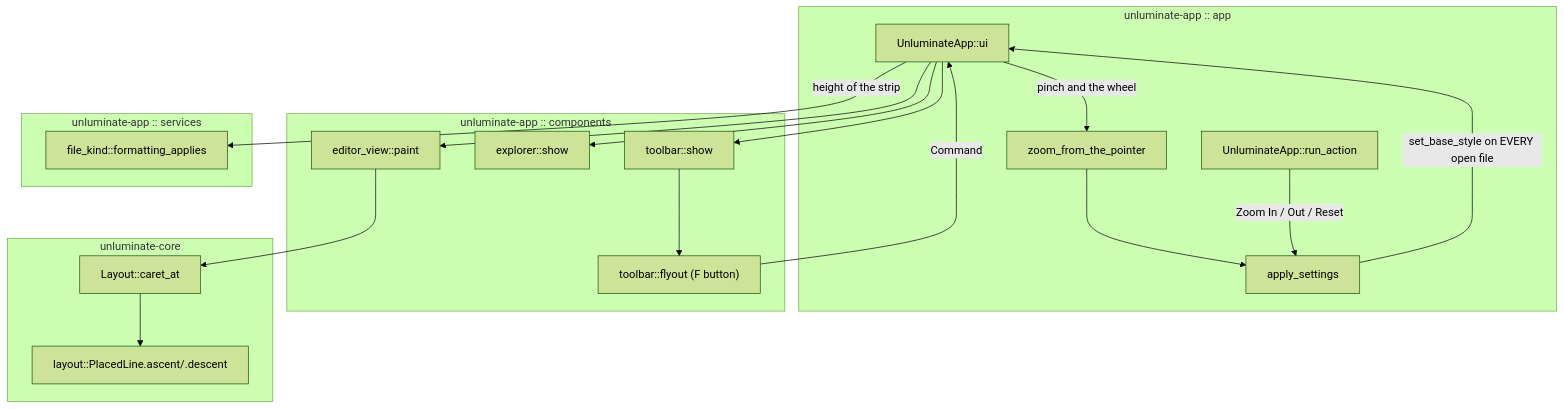
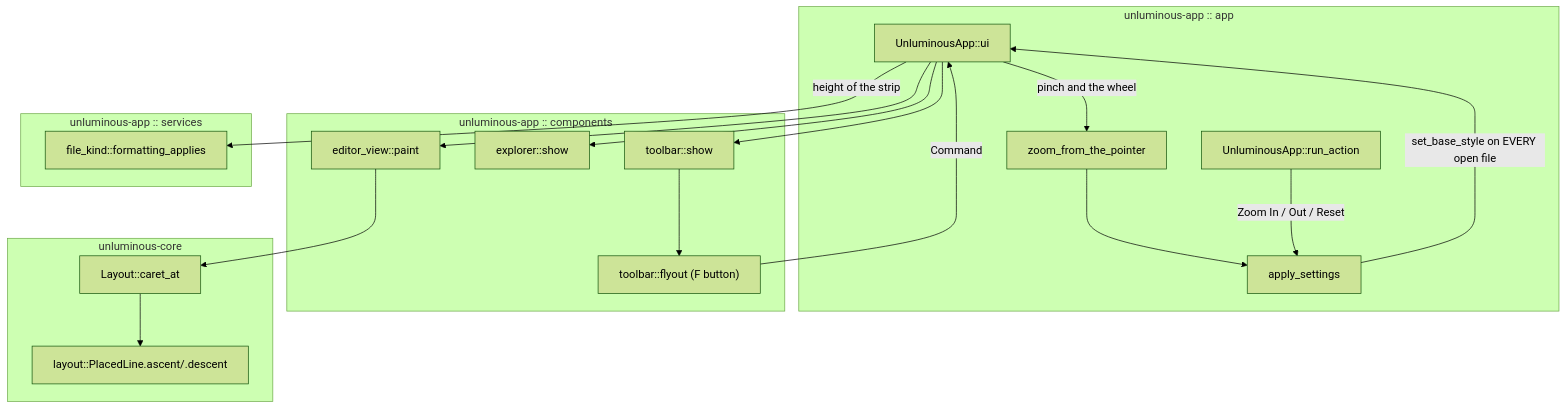
The diagram in tasks/task-1657-text-options-tdd.md (Black-Rainbow-Labs/Unluminous), drawn with Mermaid (forest theme) before and after one commit. The commit also changed other lines of this file and 1327 other files, not shown here.

````diff
--- a/tasks/task-1657-text-options-tdd.md
+++ b/tasks/task-1657-text-options-tdd.md
@@ -90,38 +90,38 @@
 ```mermaid
 flowchart TD
-  subgraph app["unluminate-app :: app"]
-    A["UnluminateApp::ui"]
-    R["UnluminateApp::run_action"]
+  subgraph app["unluminous-app :: app"]
+    A["UnluminousApp::ui"]
+    R["UnluminousApp::run_action"]
     S["apply_settings"]
     Z["zoom_from_the_pointer"]
   end
 
-  subgraph comp["unluminate-app :: components"]
+  subgraph comp["unluminous-app :: components"]
     T["toolbar::show"]
     F["toolbar::flyout (F button)"]
     E["explorer::show"]
     V["editor_view::paint"]
   end
 
-  subgraph svc["unluminate-app :: services"]
+  subgraph svc["unluminous-app :: services"]
     K["file_kind::formatting_applies"]
   end
 
-  subgraph core["unluminate-core"]
+  subgraph core["unluminous-core"]
     L["layout::PlacedLine.ascent/.descent"]
     C["Layout::caret_at"]
   end
 
   A -->|"height of the strip"| K
   A --> T
   T --> F
   F -->|"Command"| A
   A -->|"pinch and the wheel"| Z
   Z --> S
   R -->|"Zoom In / Out / Reset"| S
   S -->|"set_base_style on EVERY open file"| A
   A --> E
   A --> V
   V --> C
   C --> L
 ```
````
